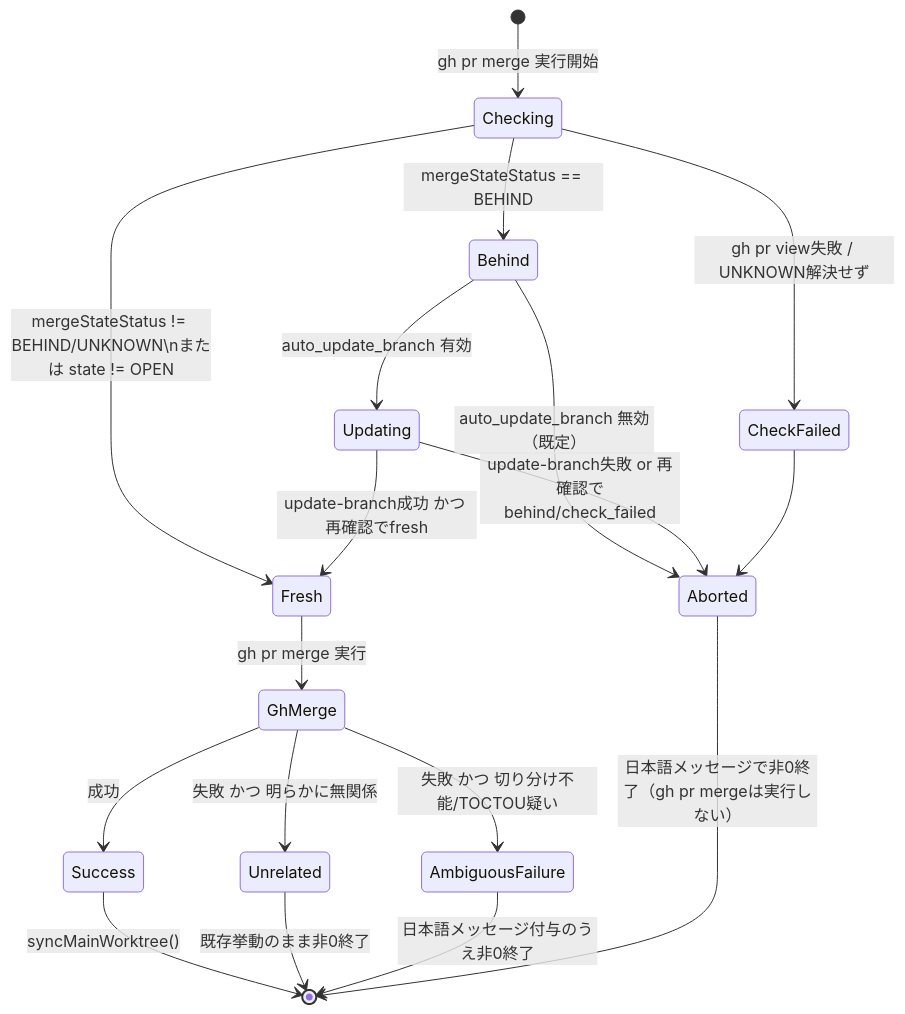
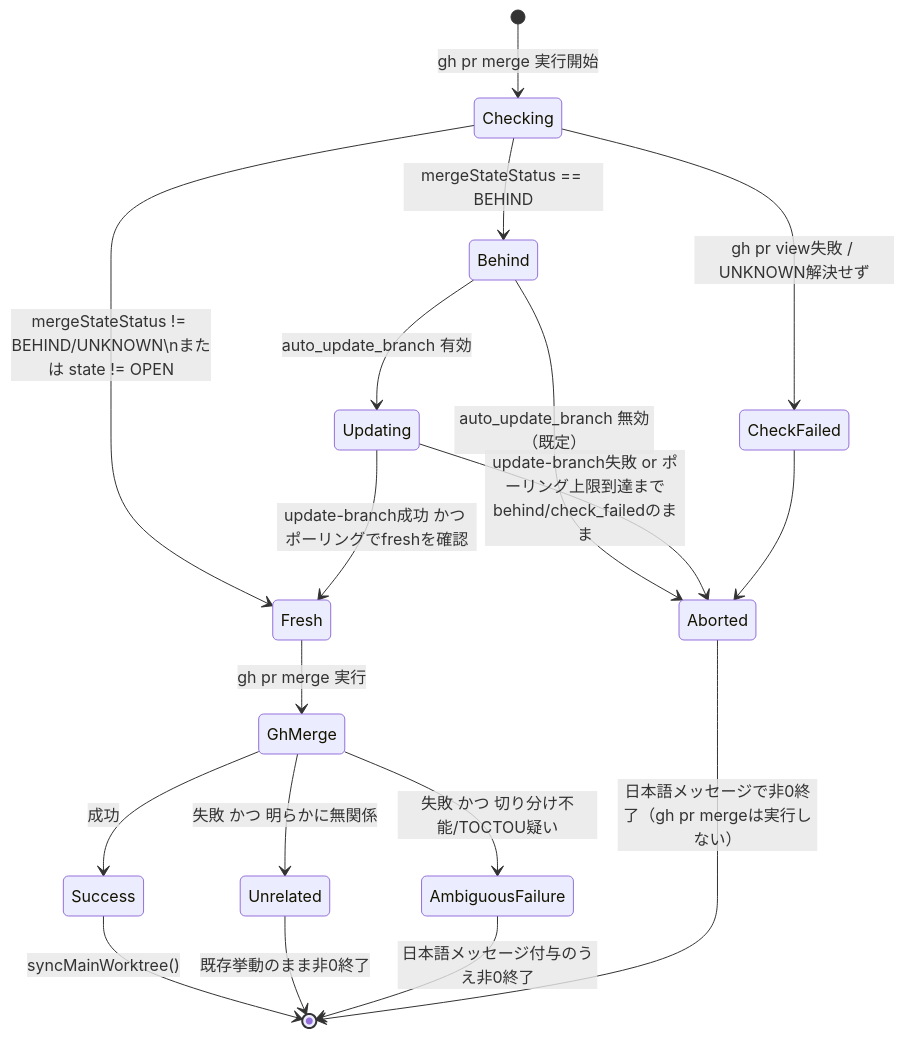
One commit to techbeansjp-free/AGENTS.md changed the diagram in DESIGN.md. Above: the diagram before and after it, drawn with Mermaid. The commit also changed other lines of this file and 2 other files, not shown here.

````diff
--- a/DESIGN.md
+++ b/DESIGN.md
@@ -48,20 +48,20 @@
 ```mermaid
 stateDiagram-v2
     [*] --> Checking: gh pr merge 実行開始
     Checking --> Fresh: mergeStateStatus != BEHIND/UNKNOWN\nまたは state != OPEN
     Checking --> Behind: mergeStateStatus == BEHIND
     Checking --> CheckFailed: gh pr view失敗 / UNKNOWN解決せず
     Behind --> Aborted: auto_update_branch 無効（既定）
     Behind --> Updating: auto_update_branch 有効
-    Updating --> Fresh: update-branch成功 かつ 再確認でfresh
-    Updating --> Aborted: update-branch失敗 or 再確認でbehind/check_failed
+    Updating --> Fresh: update-branch成功 かつ ポーリングでfreshを確認
+    Updating --> Aborted: update-branch失敗 or ポーリング上限到達までbehind/check_failedのまま
     CheckFailed --> Aborted
     Fresh --> GhMerge: gh pr merge 実行
     GhMerge --> Success: 成功
     GhMerge --> Unrelated: 失敗 かつ 明らかに無関係
     GhMerge --> AmbiguousFailure: 失敗 かつ 切り分け不能/TOCTOU疑い
     Success --> [*]: syncMainWorktree()
     Unrelated --> [*]: 既存挙動のまま非0終了
     AmbiguousFailure --> [*]: 日本語メッセージ付与のうえ非0終了
     Aborted --> [*]: 日本語メッセージで非0終了（gh pr mergeは実行しない）
 ```
````
